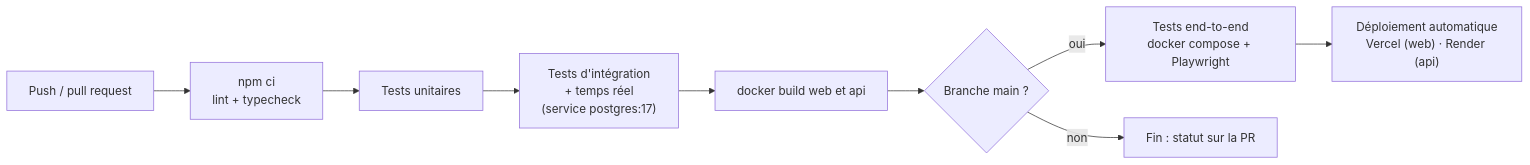
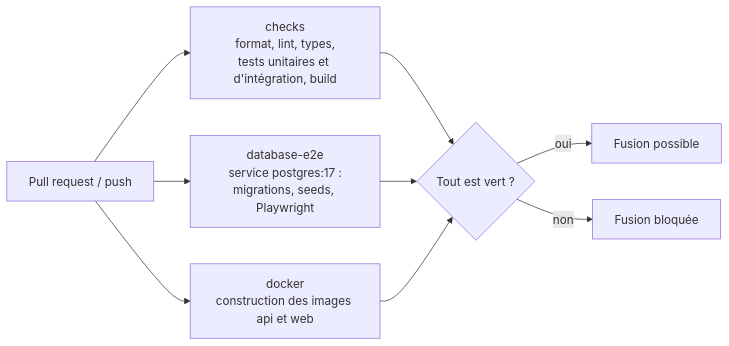
The diagram in docs/06-deploiement/deploiement.md (2025-10-CDA-ECO-P6/arcane-chronicles), drawn with Mermaid before and after one commit. The commit also changed other lines of this file and 8 other files, not shown here.

````diff
--- a/docs/06-deploiement/deploiement.md
+++ b/docs/06-deploiement/deploiement.md
@@ -175,11 +175,11 @@
 ```mermaid
 flowchart LR
-  P["Push / pull request"] --> L["npm ci<br/>lint + typecheck"]
-  L --> U["Tests unitaires"]
-  U --> I["Tests d'intégration<br/>+ temps réel<br/>(service postgres:17)"]
-  I --> B["docker build web et api"]
-  B --> E{"Branche main ?"}
-  E -- oui --> E2E["Tests end-to-end<br/>docker compose + Playwright"]
-  E2E --> D["Déploiement automatique<br/>Vercel (web) · Render (api)"]
-  E -- non --> F["Fin : statut sur la PR"]
+  P["Pull request / push"] --> C["checks<br/>format, lint, types,<br/>tests unitaires et d'intégration, build"]
+  P --> D["database-e2e<br/>service postgres:17 :<br/>migrations, seeds, Playwright"]
+  P --> K["docker<br/>construction des images api et web"]
+  C --> S{"Tout est vert ?"}
+  D --> S
+  K --> S
+  S -- oui --> M["Fusion possible"]
+  S -- non --> R["Fusion bloquée"]
 ```
````
